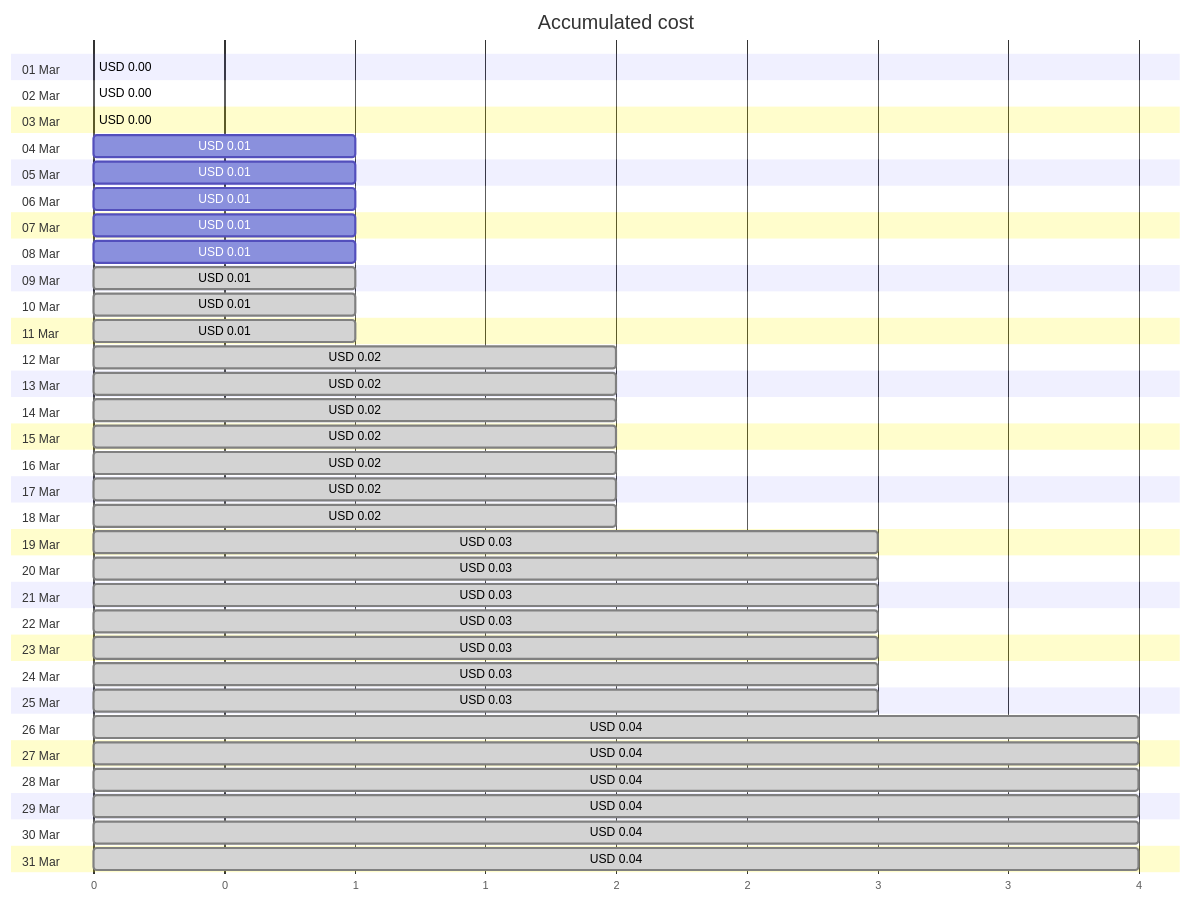
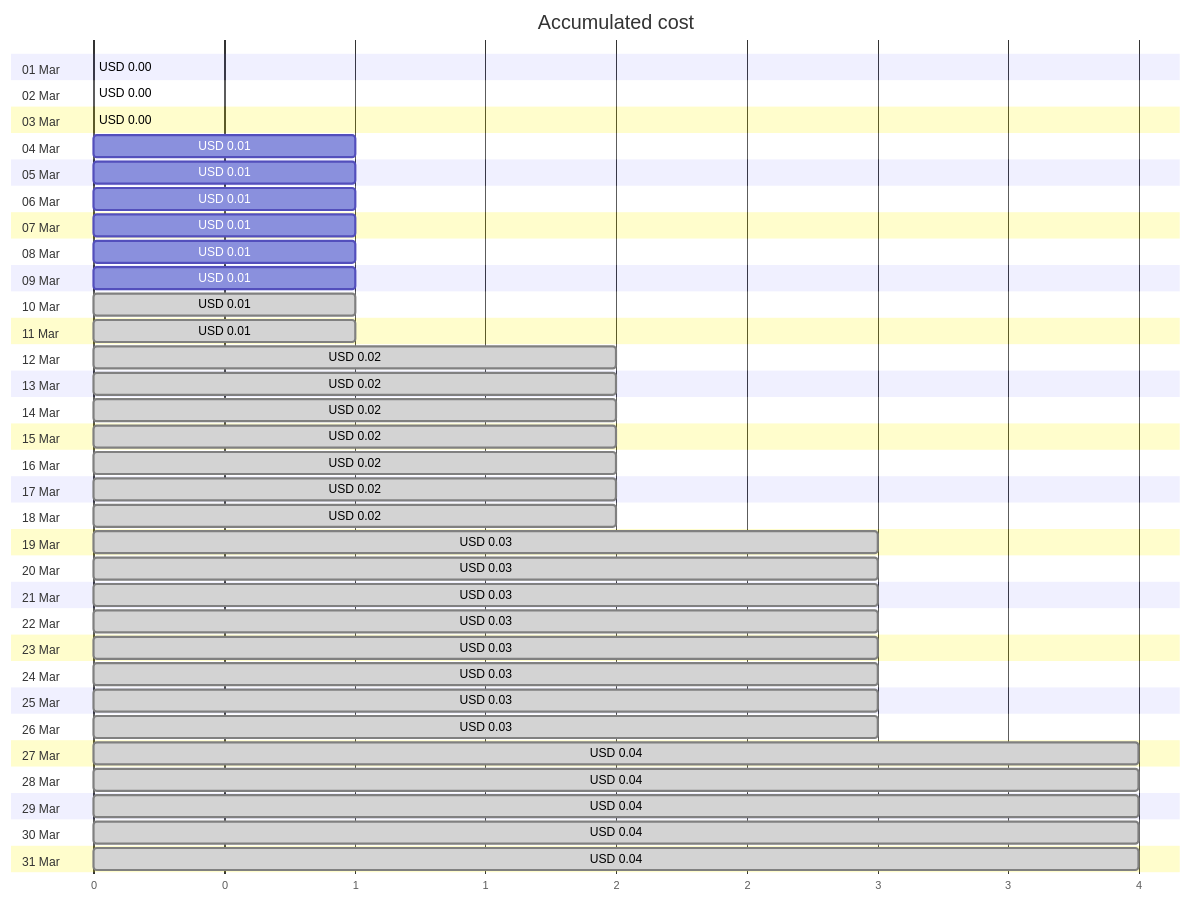
The first of 4 diagrams in cost-reports/personal-site/personalsiteapistorage.md (jpfulton/azure-personal-reports), drawn with Mermaid before and after one commit. The commit also changed other lines of this file and 6 other files, not shown here.

````diff
--- a/cost-reports/personal-site/personalsiteapistorage.md
+++ b/cost-reports/personal-site/personalsiteapistorage.md
@@ -20,68 +20,68 @@
 ```mermaid
 gantt
    title Accumulated cost
    dateFormat  X
    axisFormat %s
    section 01 Mar
    USD 0.00 :0, 0
    section 02 Mar
    USD 0.00 :0, 0
    section 03 Mar
    USD 0.00 :0, 0
    section 04 Mar
    USD 0.01 :0, 1
    section 05 Mar
    USD 0.01 :0, 1
    section 06 Mar
    USD 0.01 :0, 1
    section 07 Mar
    USD 0.01 :0, 1
    section 08 Mar
    USD 0.01 :0, 1
    section 09 Mar
-   USD 0.01 : done, 0, 1
+   USD 0.01 :0, 1
    section 10 Mar
    USD 0.01 : done, 0, 1
    section 11 Mar
    USD 0.01 : done, 0, 1
    section 12 Mar
    USD 0.02 : done, 0, 2
    section 13 Mar
    USD 0.02 : done, 0, 2
    section 14 Mar
    USD 0.02 : done, 0, 2
    section 15 Mar
    USD 0.02 : done, 0, 2
    section 16 Mar
    USD 0.02 : done, 0, 2
    section 17 Mar
    USD 0.02 : done, 0, 2
    section 18 Mar
    USD 0.02 : done, 0, 2
    section 19 Mar
    USD 0.03 : done, 0, 3
    section 20 Mar
    USD 0.03 : done, 0, 3
    section 21 Mar
    USD 0.03 : done, 0, 3
    section 22 Mar
    USD 0.03 : done, 0, 3
    section 23 Mar
    USD 0.03 : done, 0, 3
    section 24 Mar
    USD 0.03 : done, 0, 3
    section 25 Mar
    USD 0.03 : done, 0, 3
    section 26 Mar
-   USD 0.04 : done, 0, 4
+   USD 0.03 : done, 0, 3
    section 27 Mar
    USD 0.04 : done, 0, 4
    section 28 Mar
    USD 0.04 : done, 0, 4
    section 29 Mar
    USD 0.04 : done, 0, 4
    section 30 Mar
    USD 0.04 : done, 0, 4
    section 31 Mar
    USD 0.04 : done, 0, 4
 ```
````
